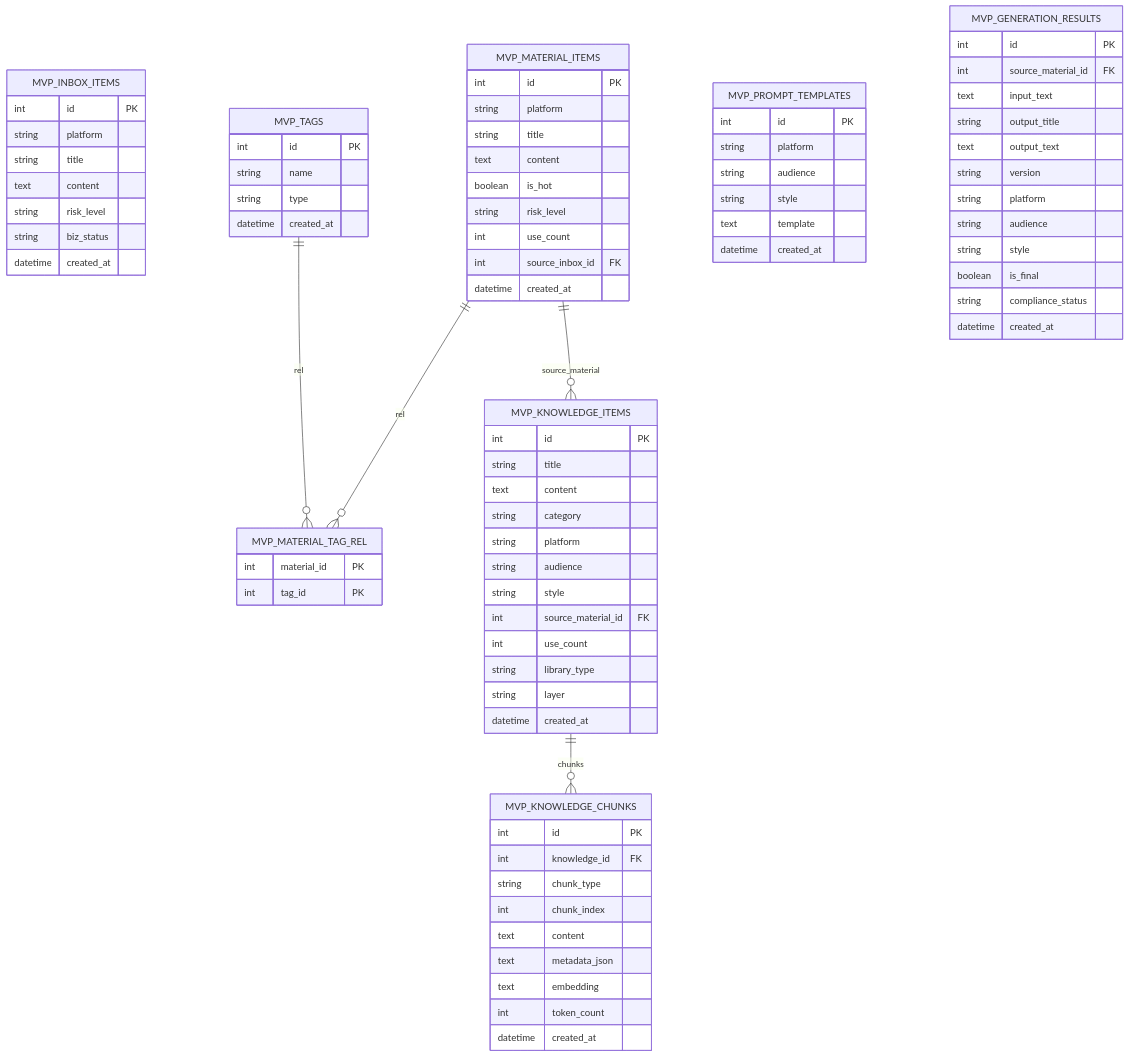
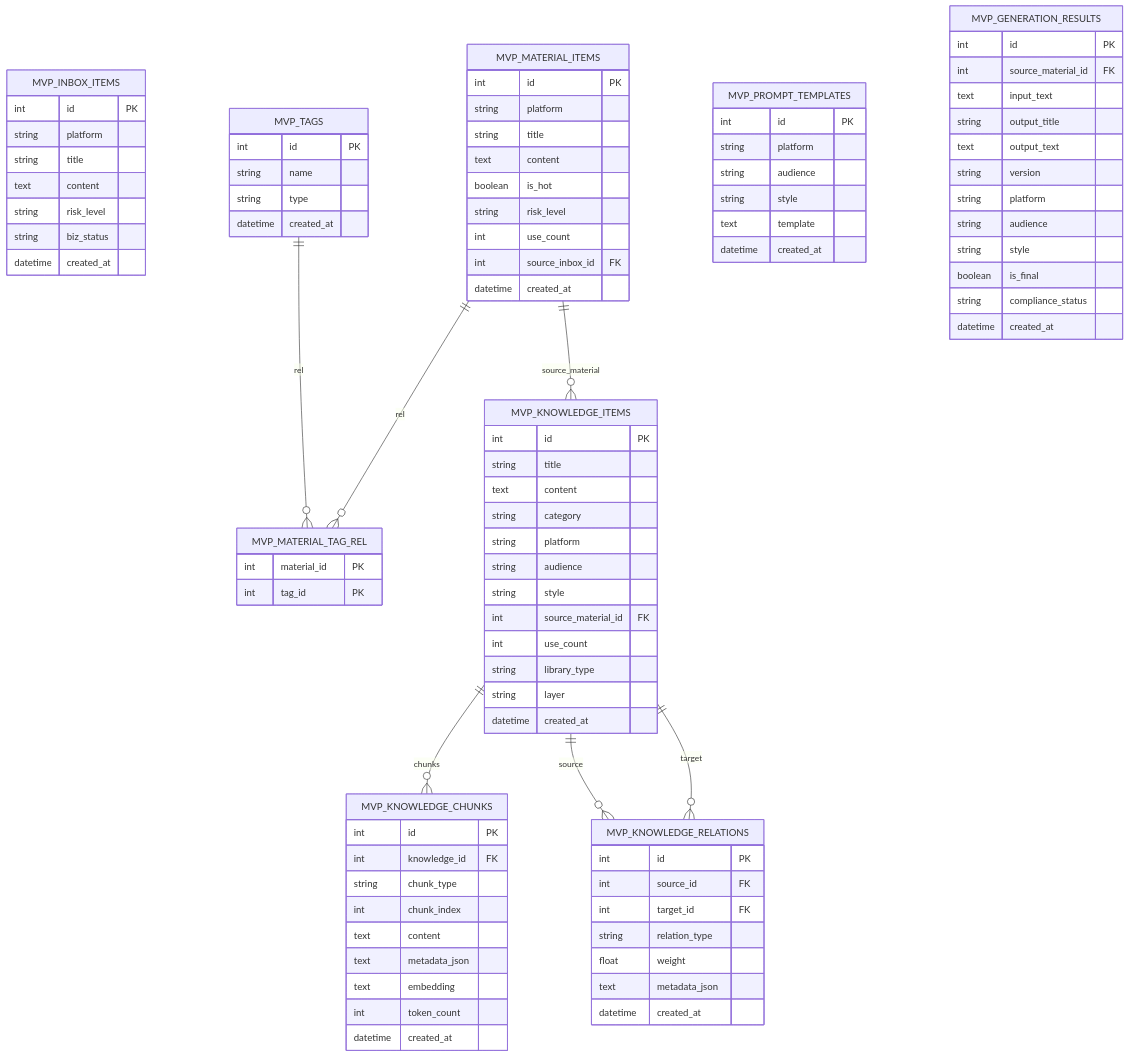
Before and after one commit to dream-ze/AI_huoke-: the seventh of 9 diagrams in .qoder/repowiki/zh/content/AI内容处理系统/MVP搜索检索系统.md, drawn with Mermaid. The commit also changed other lines of this file and 220 other files, not shown here.

````diff
--- a/.qoder/repowiki/zh/content/AI内容处理系统/MVP搜索检索系统.md
+++ b/.qoder/repowiki/zh/content/AI内容处理系统/MVP搜索检索系统.md
@@ -290,6 +314,15 @@
 int token_count
 datetime created_at
 }
+MVP_KNOWLEDGE_RELATIONS {
+int id PK
+int source_id FK
+int target_id FK
+string relation_type
+float weight
+text metadata_json
+datetime created_at
+}
 MVP_PROMPT_TEMPLATES {
 int id PK
 string platform
@@ -316,4 +349,6 @@
 MVP_TAGS ||--o{ MVP_MATERIAL_TAG_REL : "rel"
 MVP_MATERIAL_ITEMS ||--o{ MVP_MATERIAL_TAG_REL : "rel"
 MVP_KNOWLEDGE_ITEMS ||--o{ MVP_KNOWLEDGE_CHUNKS : "chunks"
+MVP_KNOWLEDGE_ITEMS ||--o{ MVP_KNOWLEDGE_RELATIONS : "source"
+MVP_KNOWLEDGE_ITEMS ||--o{ MVP_KNOWLEDGE_RELATIONS : "target"
 ```
````
